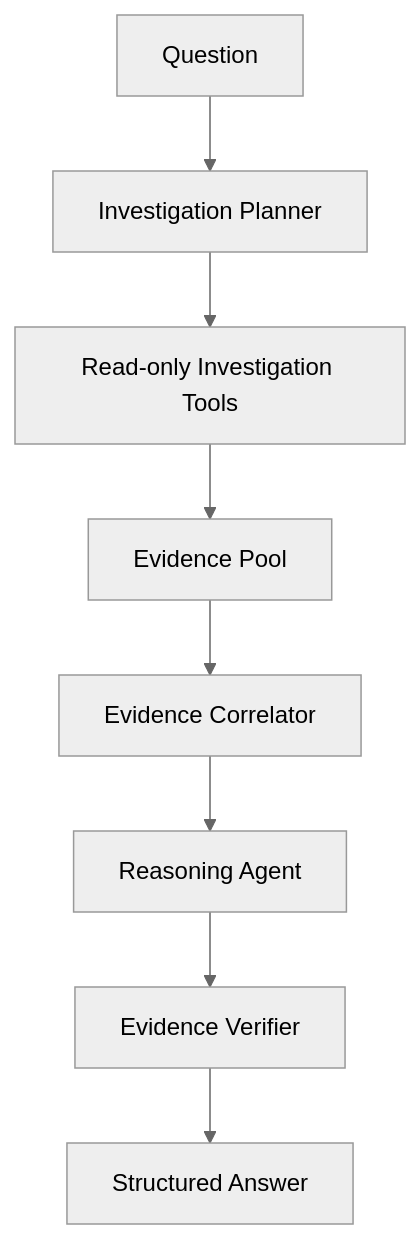
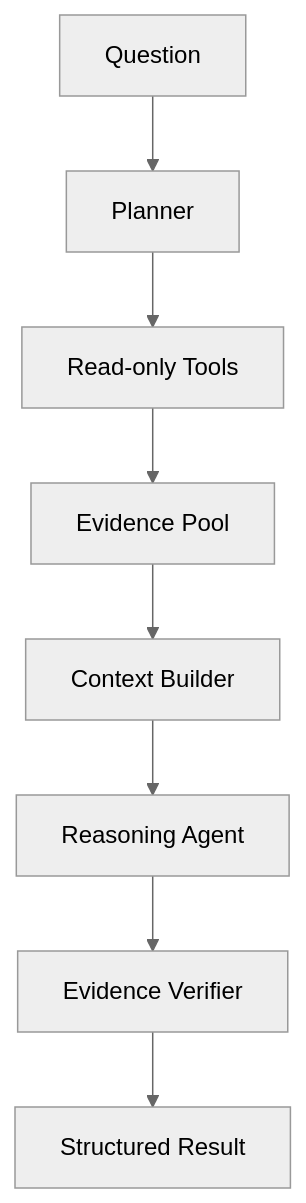
The fourth of 4 diagrams in ARCHITECTURE.md (ShlokRamteke/CodeAtlas), drawn with Mermaid (neutral theme) before and after one commit. The commit also changed other lines of this file and 11 other files, not shown here.

Commit message:
docs: sync live architecture, roadmap, decisions, and phase specs with v5

````diff
--- a/ARCHITECTURE.md
+++ b/ARCHITECTURE.md
@@ -249,17 +325,10 @@
 ```mermaid
 flowchart TB
-    Q[Question]
-        --> P[Investigation Planner]
-
-    P --> TOOLS[Read-only Investigation Tools]
-
+    Q[Question] --> P[Planner]
+    P --> TOOLS[Read-only Tools]
     TOOLS --> EVIDENCE[Evidence Pool]
-
-    EVIDENCE --> CORR[Evidence Correlator]
-
-    CORR --> REASON[Reasoning Agent]
-
+    EVIDENCE --> BUILDER[Context Builder]
+    BUILDER --> REASON[Reasoning Agent]
     REASON --> VERIFY[Evidence Verifier]
-
-    VERIFY --> RESULT[Structured Answer]
+    VERIFY --> RESULT[Structured Result]
 ```
````
